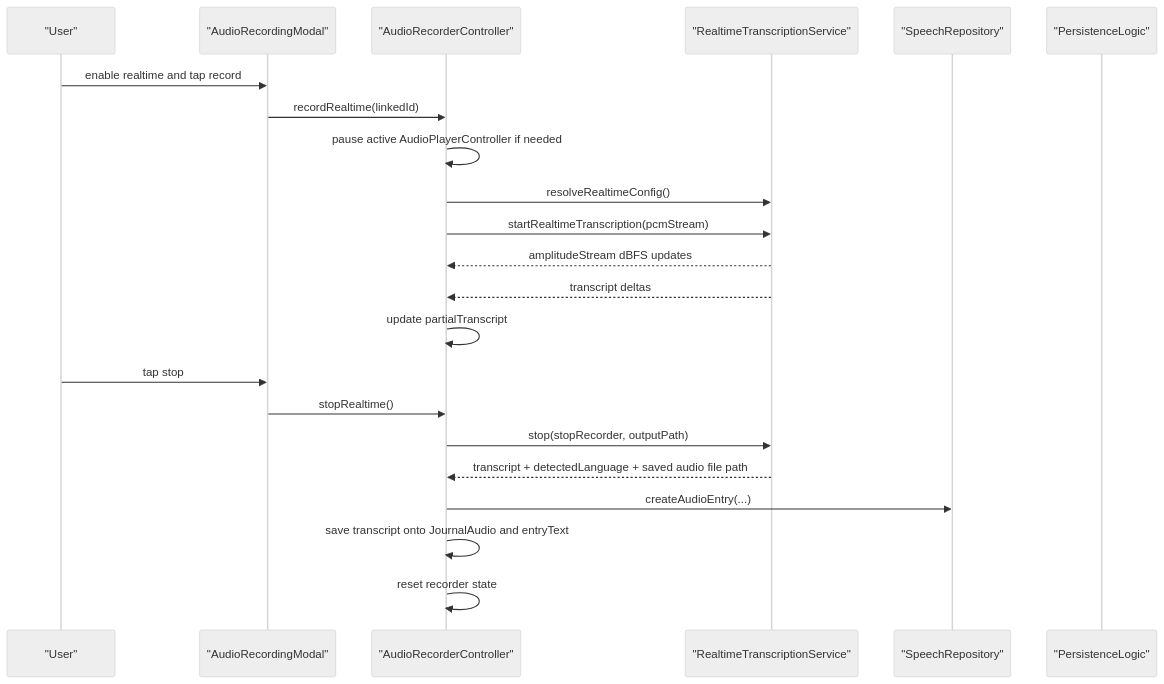
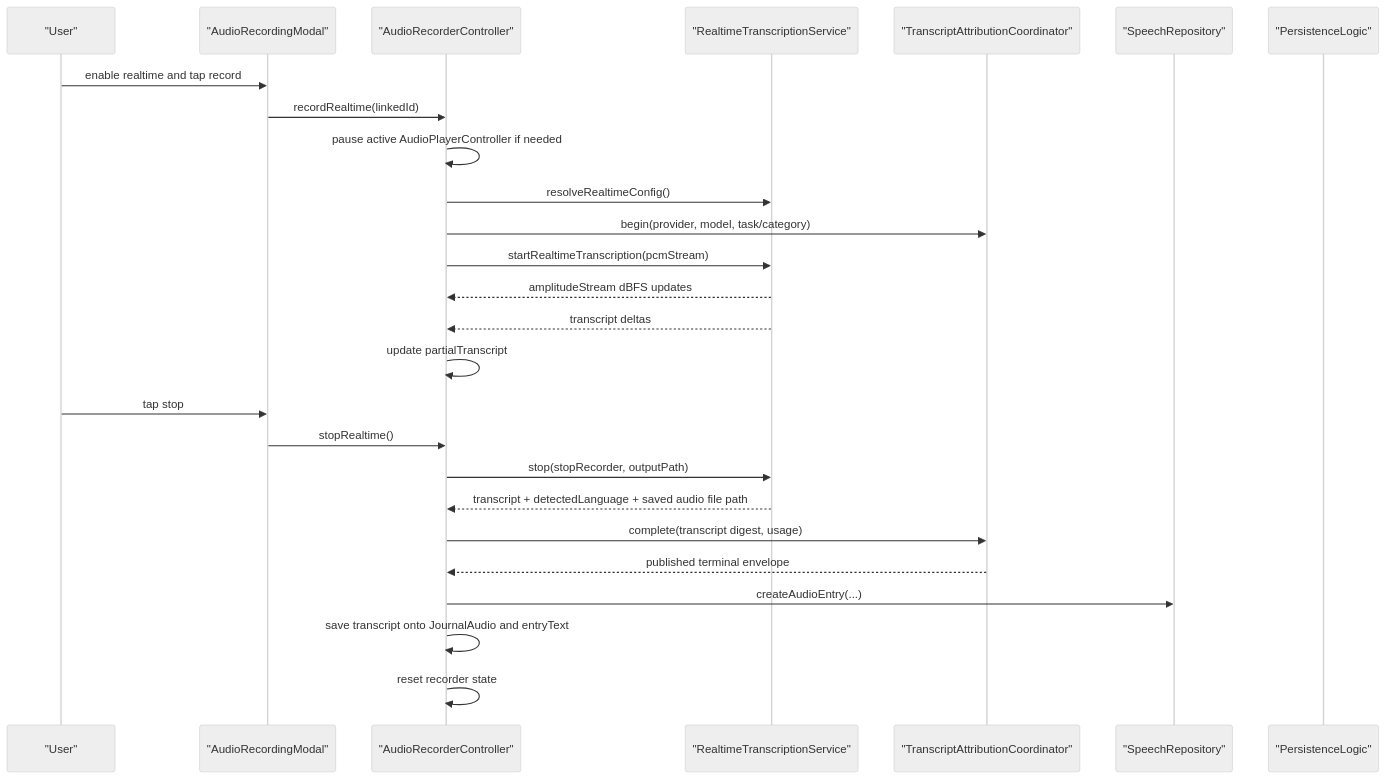
Before and after one commit to matthiasn/lotti: the fourth of 5 diagrams in lib/features/speech/README.md, drawn with Mermaid (neutral theme). The commit also changed other lines of this file and 75 other files, not shown here.

Commit message:
fix: complete AI attribution coverage

````diff
--- a/lib/features/speech/README.md
+++ b/lib/features/speech/README.md
@@ -230,25 +230,29 @@
 ```mermaid
 sequenceDiagram
   participant User as "User"
   participant Modal as "AudioRecordingModal"
   participant Ctl as "AudioRecorderController"
   participant RT as "RealtimeTranscriptionService"
+  participant Attr as "TranscriptAttributionCoordinator"
   participant Speech as "SpeechRepository"
   participant Persist as "PersistenceLogic"
 
   User->>Modal: enable realtime and tap record
   Modal->>Ctl: recordRealtime(linkedId)
   Ctl->>Ctl: pause active AudioPlayerController if needed
   Ctl->>RT: resolveRealtimeConfig()
+  Ctl->>Attr: begin(provider, model, task/category)
   Ctl->>RT: startRealtimeTranscription(pcmStream)
   RT-->>Ctl: amplitudeStream dBFS updates
   RT-->>Ctl: transcript deltas
   Ctl->>Ctl: update partialTranscript
   User->>Modal: tap stop
   Modal->>Ctl: stopRealtime()
   Ctl->>RT: stop(stopRecorder, outputPath)
   RT-->>Ctl: transcript + detectedLanguage + saved audio file path
+  Ctl->>Attr: complete(transcript digest, usage)
+  Attr-->>Ctl: published terminal envelope
   Ctl->>Speech: createAudioEntry(...)
   Ctl->>Ctl: save transcript onto JournalAudio and entryText
   Ctl->>Ctl: reset recorder state
 ```
````
